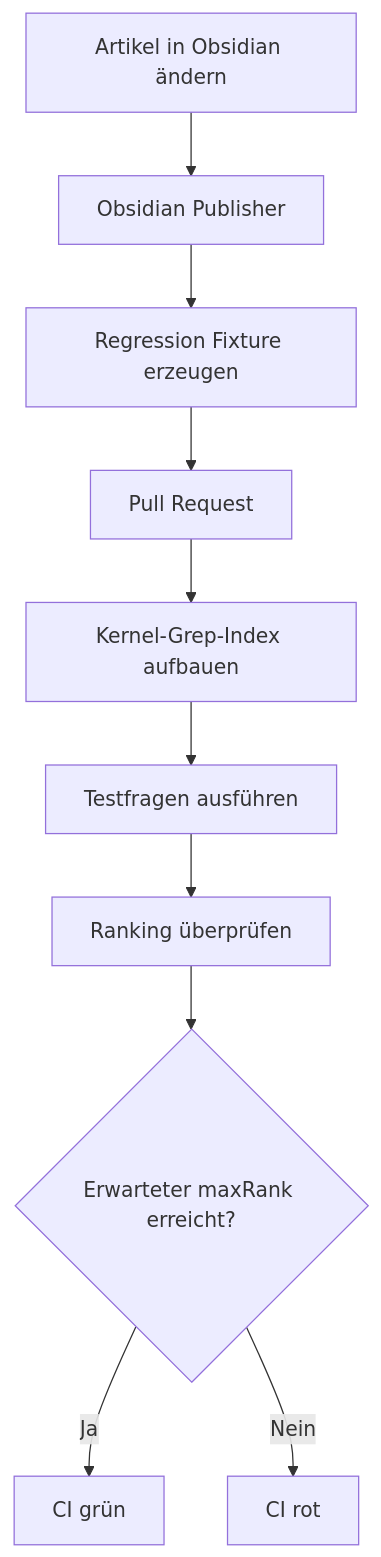
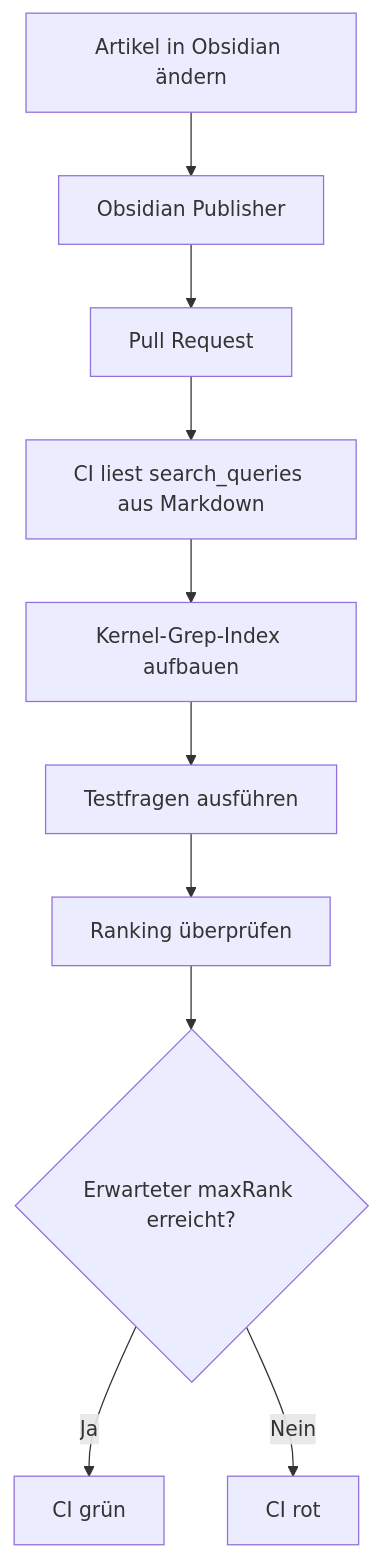
The second of 4 diagrams in posts/2026-08-25-Regresions-test.md (0b-ivan/Blog), drawn with Mermaid before and after one commit. The commit also changed other lines of this file, not shown here.

Commit message:
Document frontmatter-only search regression architecture

````diff
--- a/posts/2026-08-25-Regresions-test.md
+++ b/posts/2026-08-25-Regresions-test.md
@@ -243,12 +244,12 @@
 ```mermaid
 flowchart TD
     A[Artikel in Obsidian ändern] --> B[Obsidian Publisher]
-    B --> C[Regression Fixture erzeugen]
-    C --> D[Pull Request]
+    B --> C[Pull Request]
+    C --> D[CI liest search_queries aus Markdown]
     D --> E[Kernel-Grep-Index aufbauen]
     E --> F[Testfragen ausführen]
     F --> G[Ranking überprüfen]
     G --> H{Erwarteter maxRank erreicht?}
     H -->|Ja| I[CI grün]
     H -->|Nein| J[CI rot]
 ```
````
